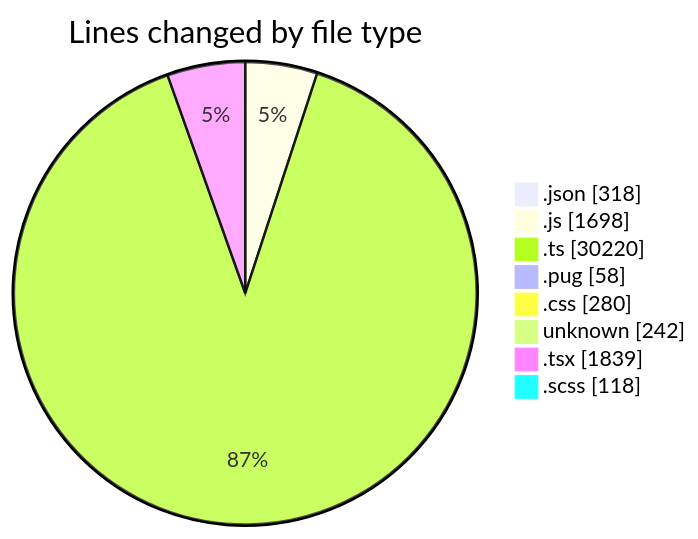
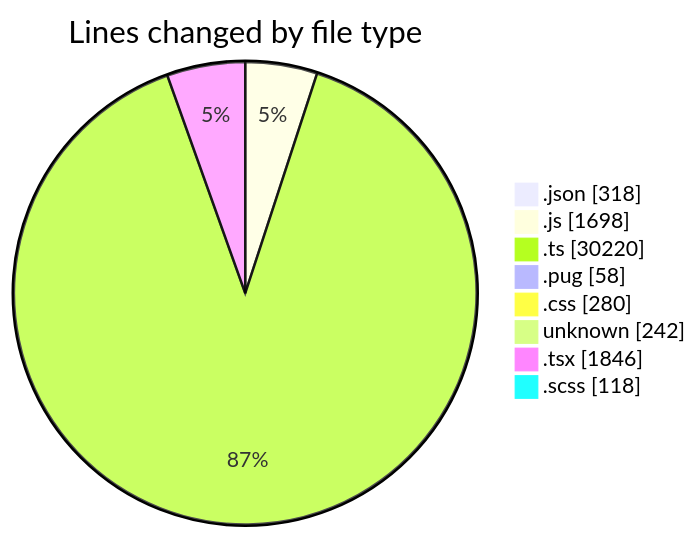
The first of 2 diagrams in 2026-06-02/cda/README.md (momahboobian/code-tracking), drawn with Mermaid before and after one commit. The commit also changed other lines of this file and 1 other file, not shown here.

````diff
--- a/2026-06-02/cda/README.md
+++ b/2026-06-02/cda/README.md
@@ -66,12 +66,12 @@
 ```mermaid
 pie showData
 title Lines changed by file type
 ".json" : 318
 ".js" : 1698
 ".ts" : 30220
 ".pug" : 58
 ".css" : 280
 "unknown" : 242
-".tsx" : 1839
+".tsx" : 1846
 ".scss" : 118
 ```
````
